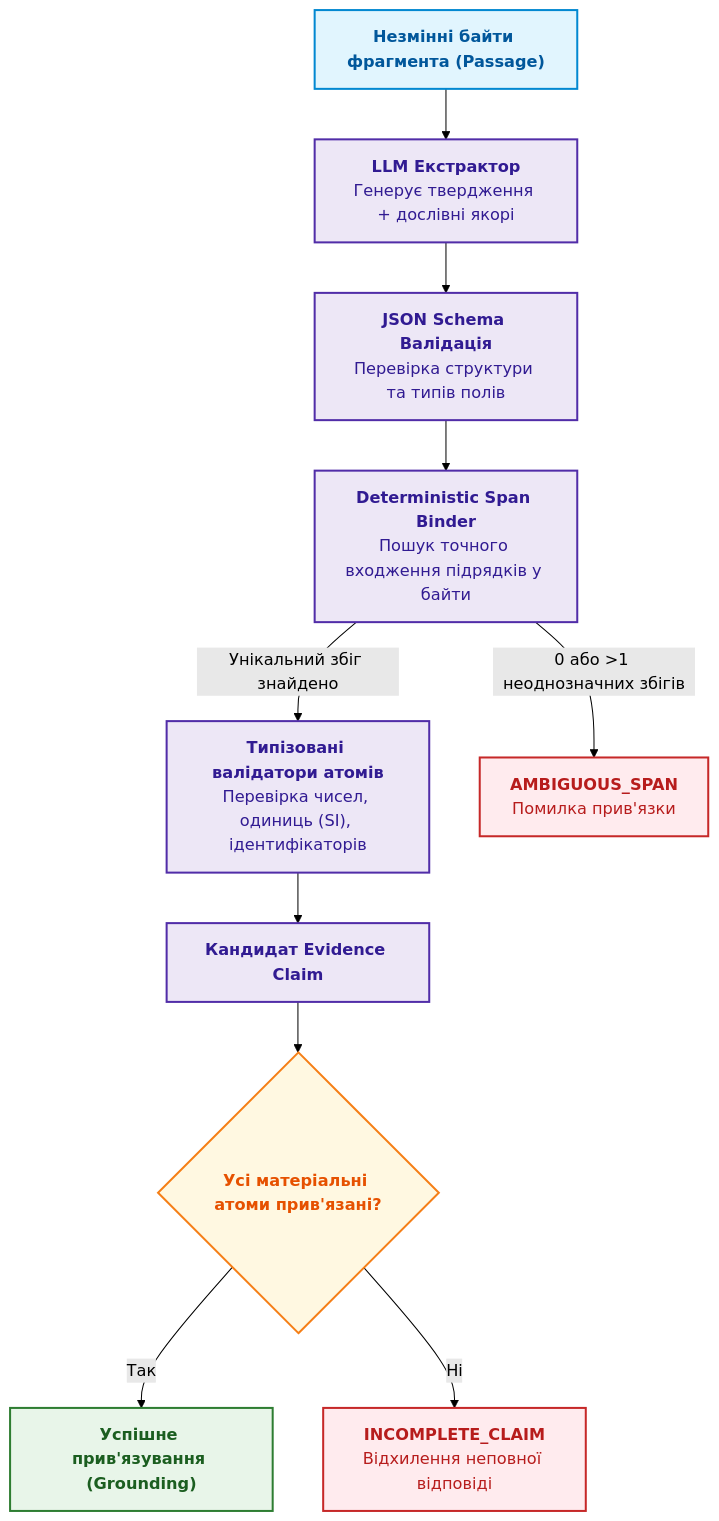
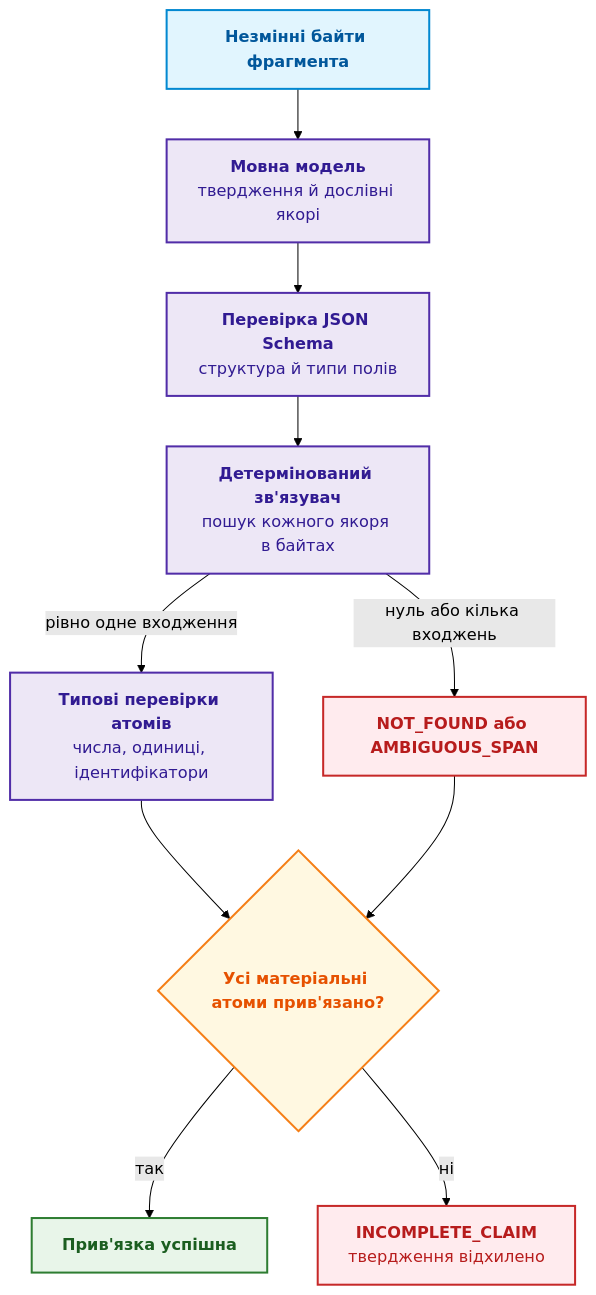
One commit to nick-fedchik/articles changed the fourth of 7 diagrams in ExpertSystem/ch19-from-question-to-evidence.md. Above: the diagram before and after it, drawn with Mermaid (forest theme). The commit also changed other lines of this file, not shown here.

````diff
--- a/ExpertSystem/ch19-from-question-to-evidence.md
+++ b/ExpertSystem/ch19-from-question-to-evidence.md
@@ -189,27 +182,27 @@
 ```mermaid
 flowchart TD
-    accTitle: Детерміноване зв'язування видобутого твердження з байтами першоджерела
-    accDescr: Валідація згенерованого LLM твердження через JSON-схему, пошук точних підрядків у тексті та типізовані валідатори.
+    accTitle: Детерміноване зв'язування твердження з байтами першоджерела
+    accDescr: Твердження мовної моделі проходить перевірку схеми, пошук кожного якоря в байтах документа й типові перевірки; неоднозначний або відсутній якір робить твердження неповним.
 
-    P["<b>Незмінні байти фрагмента (Passage)</b>"] --> LLM["<b>LLM Екстрактор</b><br/>Генерує твердження + дослівні якорі"]
-    LLM --> SV["<b>JSON Schema Валідація</b><br/>Перевірка структури та типів полів"]
-    SV --> BIND["<b>Deterministic Span Binder</b><br/>Пошук точного входження підрядків у байти"]
-    BIND -->|Унікальний збіг знайдено| VAL["<b>Типізовані валідатори атомів</b><br/>Перевірка чисел, одиниць (SI), ідентифікаторів"]
-    BIND -->|0 або >1 неоднозначних збігів| AMB["<b>AMBIGUOUS_SPAN</b><br/>Помилка прив'язки"]
-    VAL --> CLAIM["<b>Кандидат Evidence Claim</b>"]
-    CLAIM --> CHK{"<b>Усі матеріальні атоми прив'язані?</b>"}
-    CHK -->|Так| GR_OK["<b>Успішне прив'язування (Grounding)</b>"]
-    CHK -->|Ні| INC["<b>INCOMPLETE_CLAIM</b><br/>Відхилення неповної відповіді"]
+    P["<b>Незмінні байти фрагмента</b>"] --> LLM["<b>Мовна модель</b><br/>твердження й дослівні якорі"]
+    LLM --> SV["<b>Перевірка JSON Schema</b><br/>структура й типи полів"]
+    SV --> BIND["<b>Детермінований зв'язувач</b><br/>пошук кожного якоря в байтах"]
+    BIND -->|"рівно одне входження"| VAL["<b>Типові перевірки атомів</b><br/>числа, одиниці, ідентифікатори"]
+    BIND -->|"нуль або кілька входжень"| AMB["<b>NOT_FOUND або AMBIGUOUS_SPAN</b>"]
+    VAL --> CHK{"<b>Усі матеріальні атоми прив'язано?</b>"}
+    AMB --> CHK
+    CHK -->|так| GR_OK["<b>Прив'язка успішна</b>"]
+    CHK -->|ні| INC["<b>INCOMPLETE_CLAIM</b><br/>твердження відхилено"]
 
     classDef src fill:#e1f5fe,stroke:#0288d1,stroke-width:2px,color:#01579b;
     classDef proc fill:#ede7f6,stroke:#512da8,stroke-width:2px,color:#311b92;
     classDef check fill:#fff8e1,stroke:#f57f17,stroke-width:2px,color:#e65100;
     classDef res fill:#e8f5e9,stroke:#2e7d32,stroke-width:2px,color:#1b5e20;
     classDef err fill:#ffebee,stroke:#c62828,stroke-width:2px,color:#b71c1c;
 
     class P src;
-    class LLM,SV,BIND,VAL,CLAIM proc;
+    class LLM,SV,BIND,VAL proc;
     class CHK check;
     class GR_OK res;
     class AMB,INC err;
 ```
````
